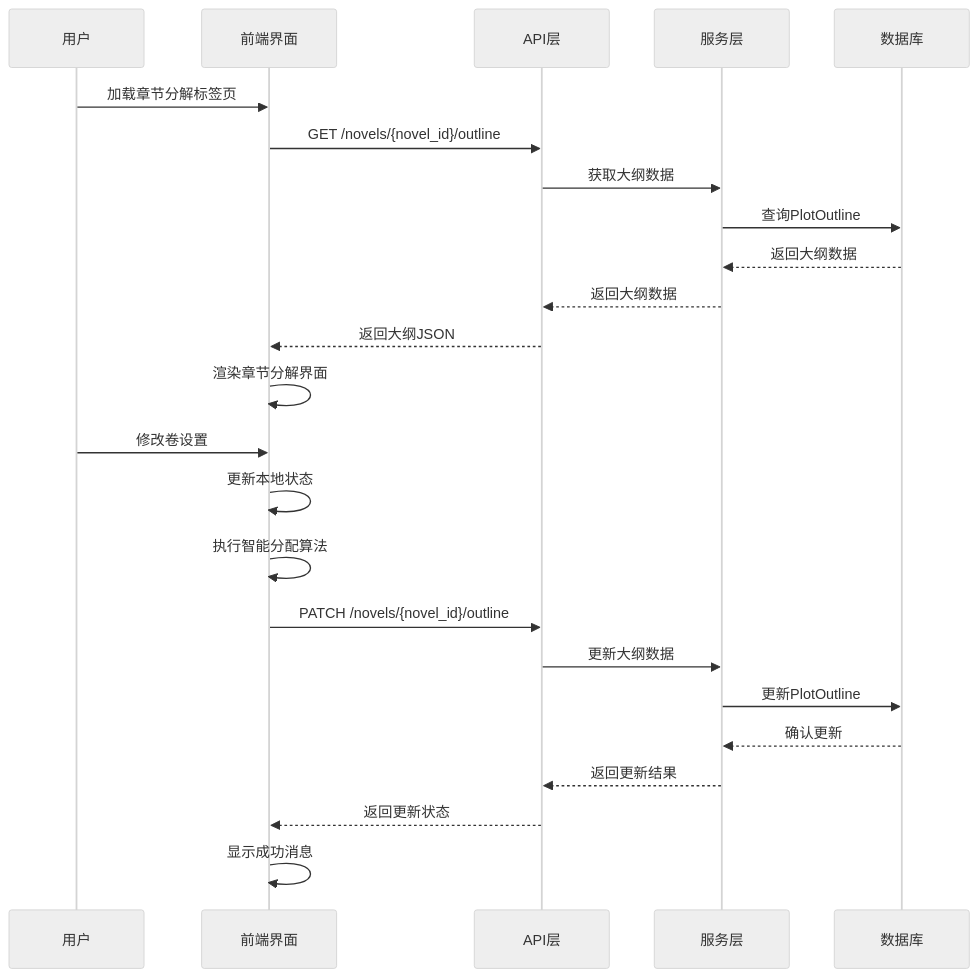
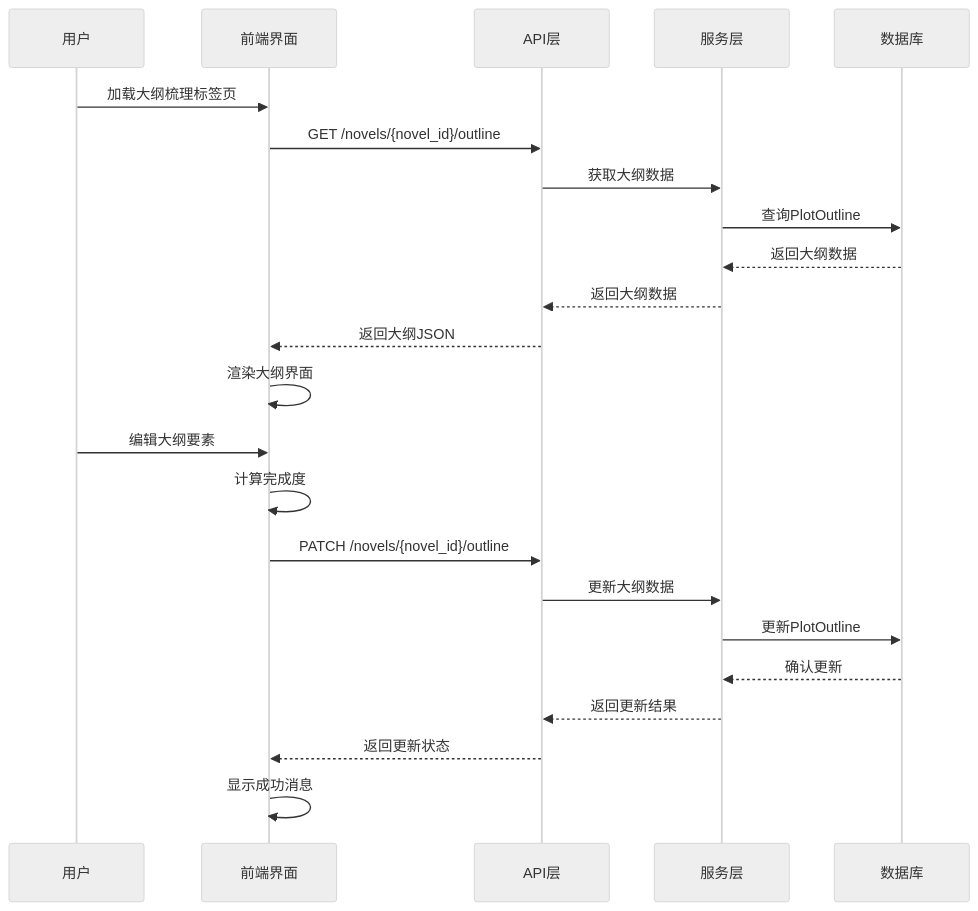
One commit to xfbyxq/ai-novel-system changed the third of 6 diagrams in .qoder/repowiki/zh/content/Chapter Decomposition Tab.md. Above: the diagram before and after it, drawn with Mermaid (neutral theme). The commit also changed other lines of this file and 28 other files, not shown here.

````diff
--- a/.qoder/repowiki/zh/content/Chapter Decomposition Tab.md
+++ b/.qoder/repowiki/zh/content/Chapter Decomposition Tab.md
@@ -180,26 +151,25 @@
 ```mermaid
 sequenceDiagram
 participant User as 用户
 participant Frontend as 前端界面
 participant API as API层
 participant Service as 服务层
 participant DB as 数据库
-User->>Frontend : 加载章节分解标签页
+User->>Frontend : 加载大纲梳理标签页
 Frontend->>API : GET /novels/{novel_id}/outline
 API->>Service : 获取大纲数据
 Service->>DB : 查询PlotOutline
 DB-->>Service : 返回大纲数据
 Service-->>API : 返回大纲数据
 API-->>Frontend : 返回大纲JSON
-Frontend->>Frontend : 渲染章节分解界面
-User->>Frontend : 修改卷设置
-Frontend->>Frontend : 更新本地状态
-Frontend->>Frontend : 执行智能分配算法
+Frontend->>Frontend : 渲染大纲界面
+User->>Frontend : 编辑大纲要素
+Frontend->>Frontend : 计算完成度
 Frontend->>API : PATCH /novels/{novel_id}/outline
 API->>Service : 更新大纲数据
 Service->>DB : 更新PlotOutline
 DB-->>Service : 确认更新
 Service-->>API : 返回更新结果
 API-->>Frontend : 返回更新状态
 Frontend->>Frontend : 显示成功消息
 ```
````
